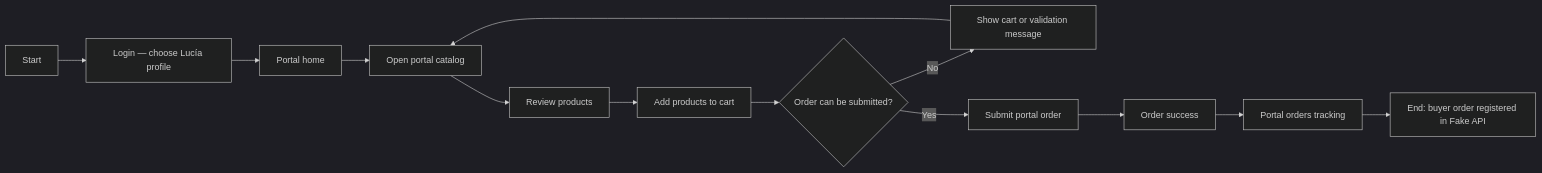
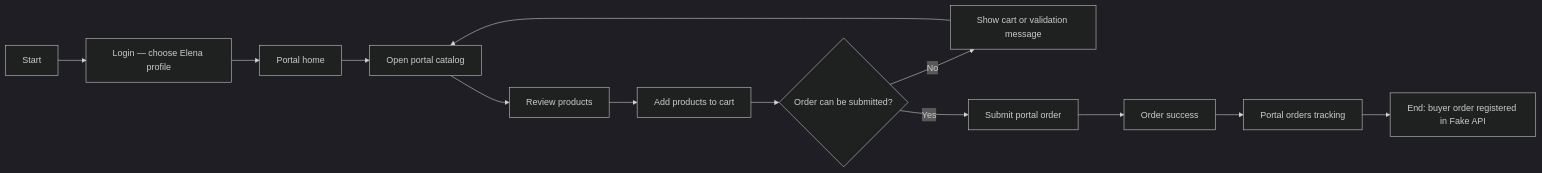
Before and after one commit to upc-pre-202610-1asi0730-12242-king/nexa-report: the fourth of 4 diagrams in report/40-chapter-4-product-design/4-4-web-applications-ux-ui-design.md, drawn with Mermaid (dark theme). The commit also changed other lines of this file, not shown here.

Commit message:
docs(report): update B2B buyer persona from Lucía to Elena

````diff
--- a/report/40-chapter-4-product-design/4-4-web-applications-ux-ui-design.md
+++ b/report/40-chapter-4-product-design/4-4-web-applications-ux-ui-design.md
@@ -250,15 +250,15 @@
 ```mermaid
 flowchart LR
-    A["Start"] --> B["Login — choose Lucía profile"]
+    A["Start"] --> B["Login — choose Elena profile"]
     B --> C["Portal home"]
     C --> D["Open portal catalog"]
     D --> E["Review products"]
     E --> F["Add products to cart"]
     F --> G{"Order can be submitted?"}
     G -- "No" --> H["Show cart or validation message"]
     H --> D
     G -- "Yes" --> I["Submit portal order"]
     I --> J["Order success"]
     J --> K["Portal orders tracking"]
     K --> L["End: buyer order registered in Fake API"]
 ```
````
